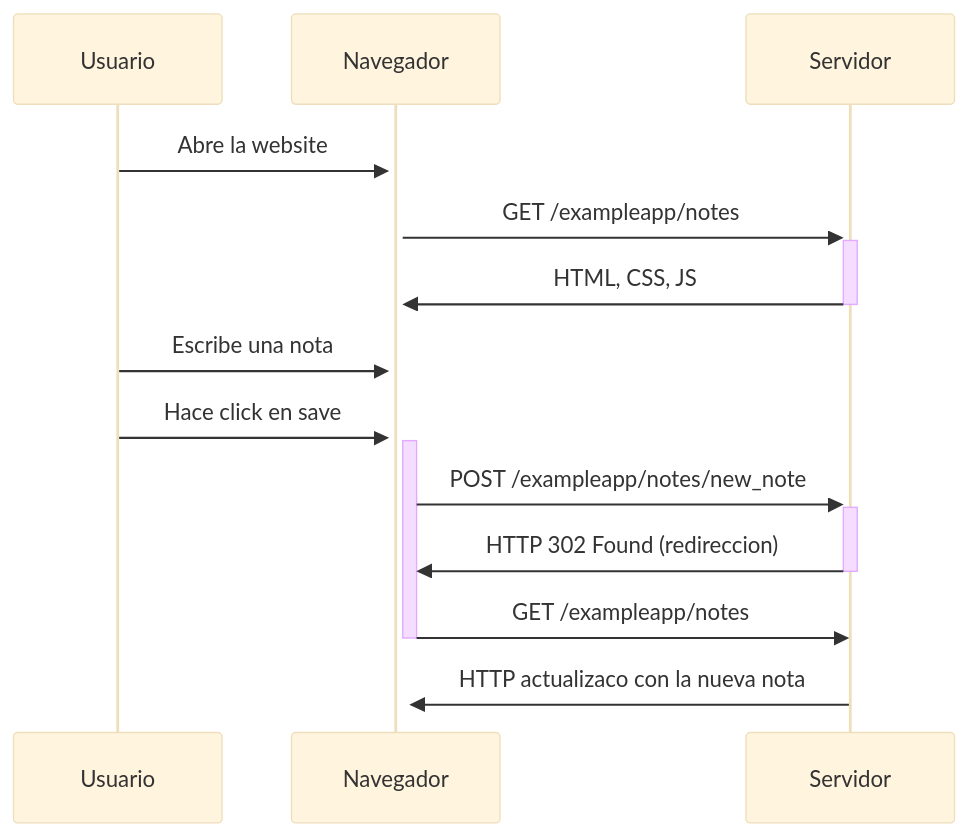
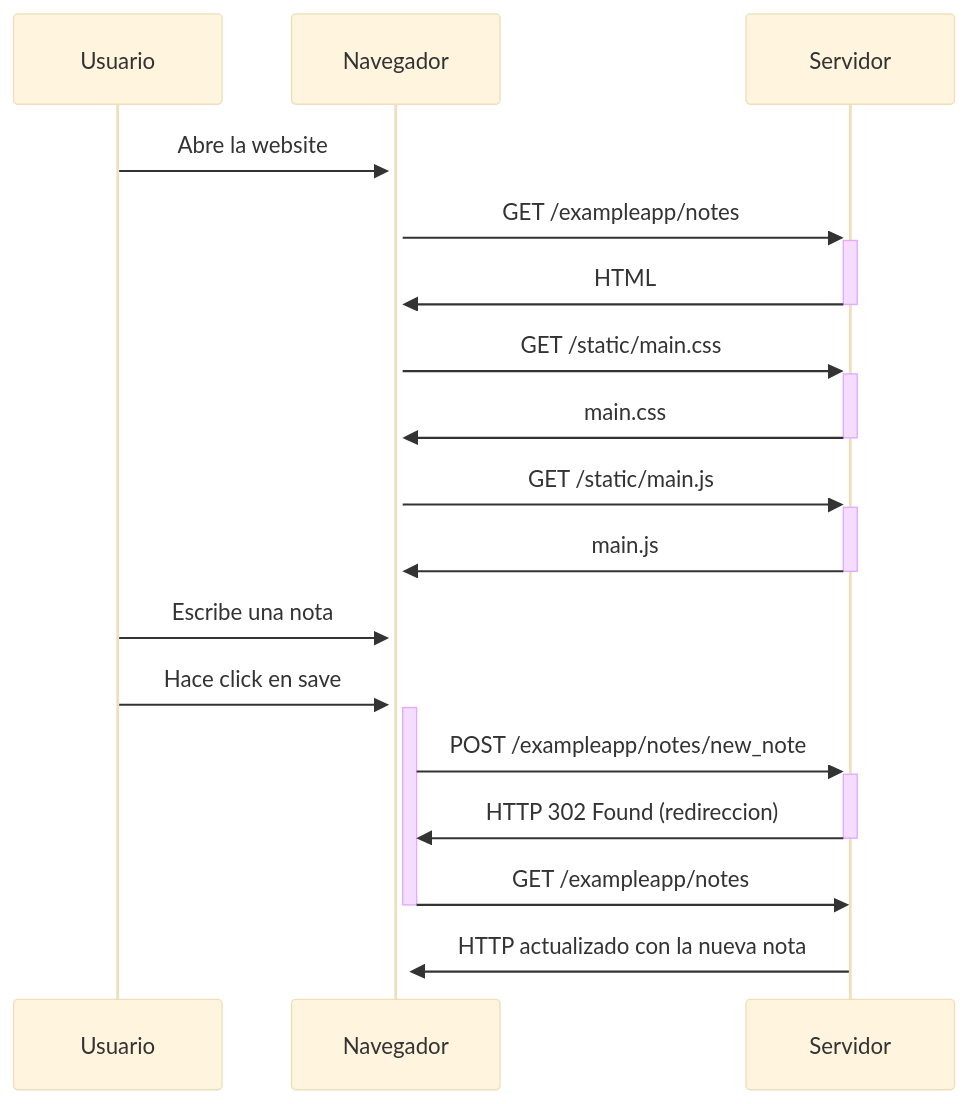
One commit to anggifit/fullstackHelsinki changed the diagram in Parte 0/Parte-0.4.mmd. Above: the diagram before and after it, drawn with Mermaid (base theme). The commit also changed other lines of this file and 2 other files, not shown here.

Commit message:
Add sequence diagram in order to create a note in a spa

```diff
--- a/Parte 0/Parte-0.4.mmd
+++ b/Parte 0/Parte-0.4.mmd
@@ -1,10 +1,15 @@
+%% Diagrama de secuencia de la creación de una nota
 sequenceDiagram
     Usuario->>+Navegador: Abre la website
     Navegador->>+Servidor: GET /exampleapp/notes
-    Servidor->>-Navegador: HTML, CSS, JS
+    Servidor->>-Navegador: HTML
+    Navegador->>+Servidor: GET /static/main.css
+    Servidor->>-Navegador: main.css
+    Navegador->>+Servidor: GET /static/main.js
+    Servidor->>-Navegador: main.js
     Usuario->>+Navegador: Escribe una nota
     Usuario->>+Navegador: Hace click en save
     Navegador->>+Servidor: POST /exampleapp/notes/new_note
     Servidor->>-Navegador: HTTP 302 Found (redireccion)
     Navegador->>-Servidor: GET /exampleapp/notes
-    Servidor->>+Navegador: HTTP actualizaco con la nueva nota
+    Servidor->>+Navegador: HTTP actualizado con la nueva nota
```
